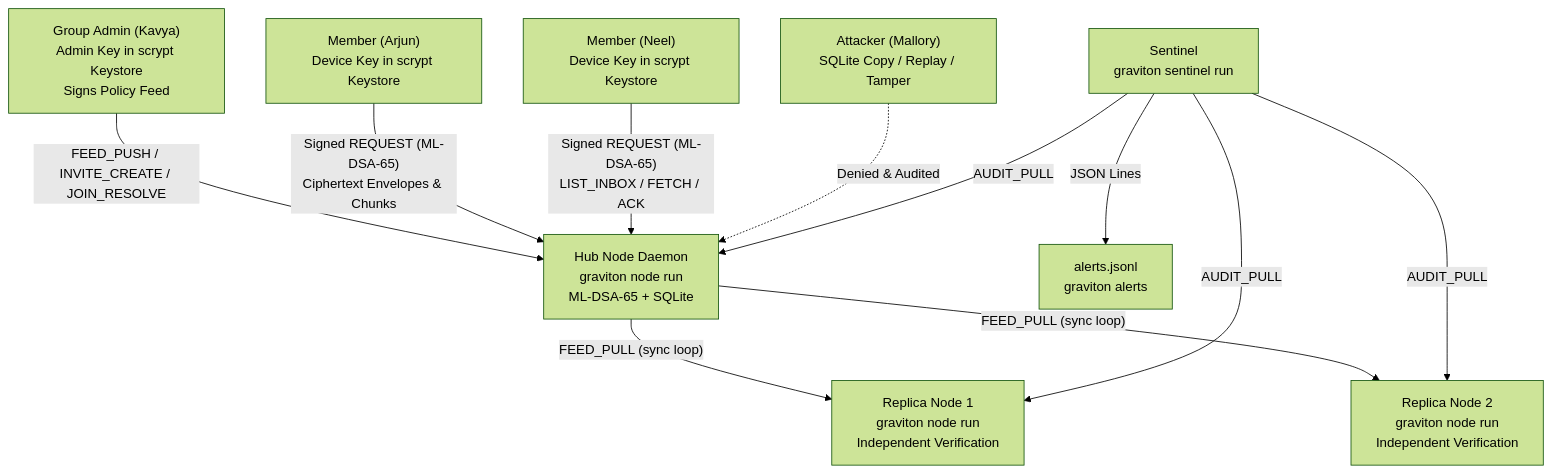
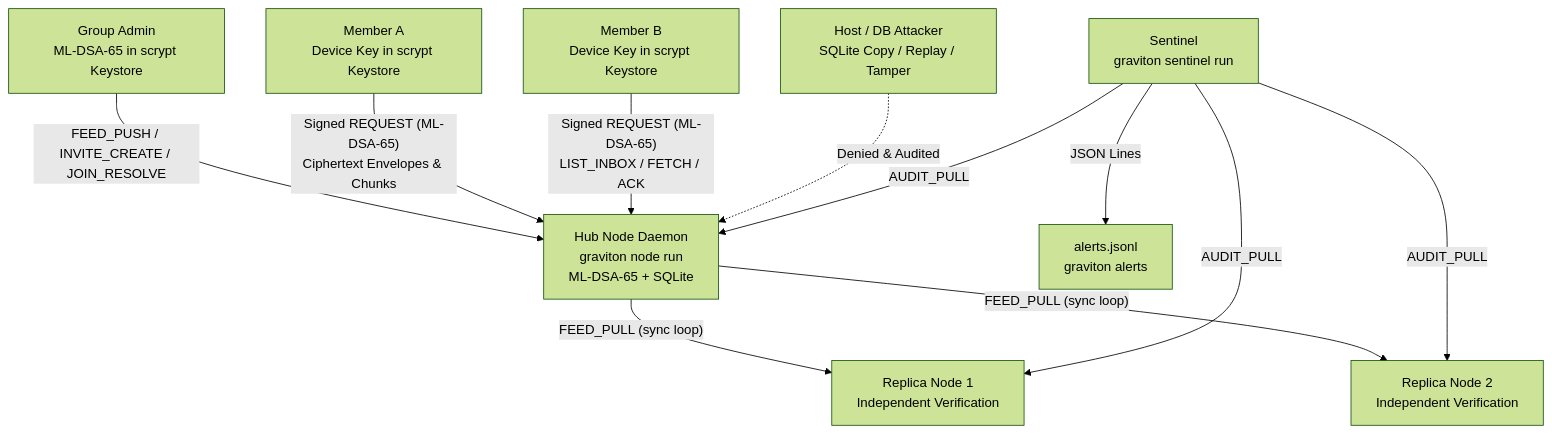
Before and after one commit to Mob-max30/Graviton: the first of 2 diagrams in README.md, drawn with Mermaid (forest theme). The commit also changed other lines of this file and 13 other files, not shown here.

````diff
--- a/README.md
+++ b/README.md
@@ -16,15 +9,15 @@
 ```mermaid
 flowchart TD
-    Admin["Group Admin (Kavya)\nAdmin Key in scrypt Keystore\nSigns Policy Feed"] -->|"FEED_PUSH / INVITE_CREATE / JOIN_RESOLVE"| Hub["Hub Node Daemon\ngraviton node run\nML-DSA-65 + SQLite"]
-    Hub -->|"FEED_PULL (sync loop)"| Rep1["Replica Node 1\ngraviton node run\nIndependent Verification"]
-    Hub -->|"FEED_PULL (sync loop)"| Rep2["Replica Node 2\ngraviton node run\nIndependent Verification"]
+    Admin["Group Admin\nML-DSA-65 in scrypt Keystore"] -->|"FEED_PUSH / INVITE_CREATE / JOIN_RESOLVE"| Hub["Hub Node Daemon\ngraviton node run\nML-DSA-65 + SQLite"]
+    Hub -->|"FEED_PULL (sync loop)"| Rep1["Replica Node 1\nIndependent Verification"]
+    Hub -->|"FEED_PULL (sync loop)"| Rep2["Replica Node 2\nIndependent Verification"]
 
-    Arjun["Member (Arjun)\nDevice Key in scrypt Keystore"] -->|"Signed REQUEST (ML-DSA-65)\nCiphertext Envelopes & Chunks"| Hub
-    Neel["Member (Neel)\nDevice Key in scrypt Keystore"] -->|"Signed REQUEST (ML-DSA-65)\nLIST_INBOX / FETCH / ACK"| Hub
-    Mallory["Attacker (Mallory)\nSQLite Copy / Replay / Tamper"] -.->|"Denied & Audited"| Hub
+    MemberA["Member A\nDevice Key in scrypt Keystore"] -->|"Signed REQUEST (ML-DSA-65)\nCiphertext Envelopes & Chunks"| Hub
+    MemberB["Member B\nDevice Key in scrypt Keystore"] -->|"Signed REQUEST (ML-DSA-65)\nLIST_INBOX / FETCH / ACK"| Hub
+    Attacker["Host / DB Attacker\nSQLite Copy / Replay / Tamper"] -.->|"Denied & Audited"| Hub
 
     Sentinel["Sentinel\ngraviton sentinel run"] -->|"AUDIT_PULL"| Hub
     Sentinel -->|"AUDIT_PULL"| Rep1
     Sentinel -->|"AUDIT_PULL"| Rep2
     Sentinel -->|"JSON Lines"| Alerts["alerts.jsonl\ngraviton alerts"]
 ```
````
